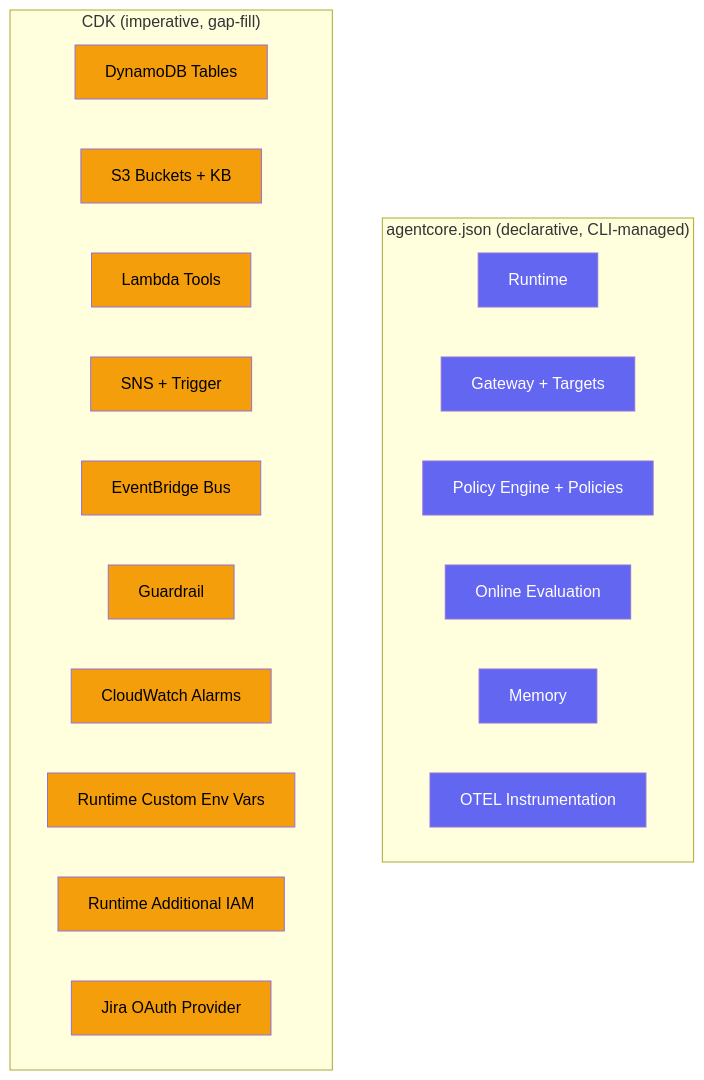
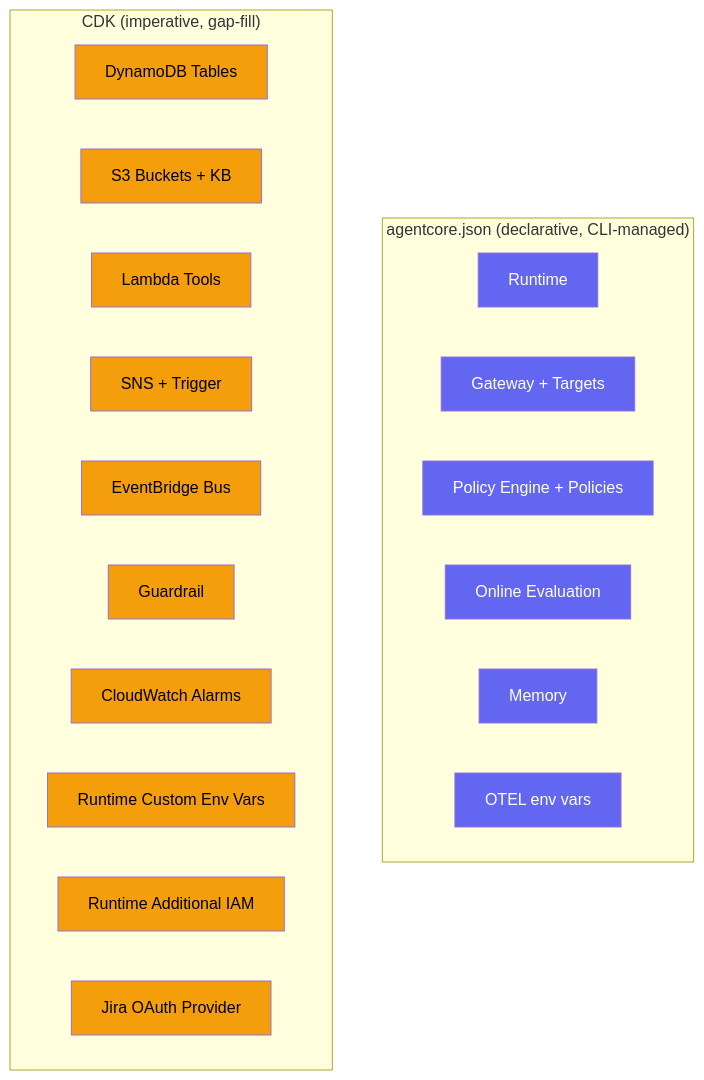
Before and after one commit to awslabs/amazon-bedrock-agentcore-samples: the third of 7 diagrams in 02-use-cases/automation-agents/it-incident-response-agent/docs/ARCHITECTURE.md, drawn with Mermaid. The commit also changed other lines of this file and 5 other files, not shown here.

````diff
--- a/02-use-cases/automation-agents/it-incident-response-agent/docs/ARCHITECTURE.md
+++ b/02-use-cases/automation-agents/it-incident-response-agent/docs/ARCHITECTURE.md
@@ -375,29 +375,29 @@
 ```mermaid
 graph TB
     subgraph DECLARATIVE["agentcore.json (declarative, CLI-managed)"]
         RT[Runtime]
         GW[Gateway + Targets]
         PE[Policy Engine + Policies]
         OE[Online Evaluation]
         MEM[Memory]
-        OTEL[OTEL Instrumentation]
+        OTEL[OTEL env vars]
     end
 
     subgraph IMPERATIVE["CDK (imperative, gap-fill)"]
         DDB[DynamoDB Tables]
         S3[S3 Buckets + KB]
         LAM[Lambda Tools]
         SNST[SNS + Trigger]
         EB[EventBridge Bus]
         GR[Guardrail]
         ALM[CloudWatch Alarms]
         ENV[Runtime Custom Env Vars]
         IAM[Runtime Additional IAM]
         JIRA_P[Jira OAuth Provider]
     end
 
     classDef decl fill:#6366F1,color:#fff
     classDef imp fill:#F59E0B,color:#000
     class RT,GW,PE,OE,MEM,OTEL decl
     class DDB,S3,LAM,SNST,EB,GR,ALM,ENV,IAM,JIRA_P imp
 ```
````
